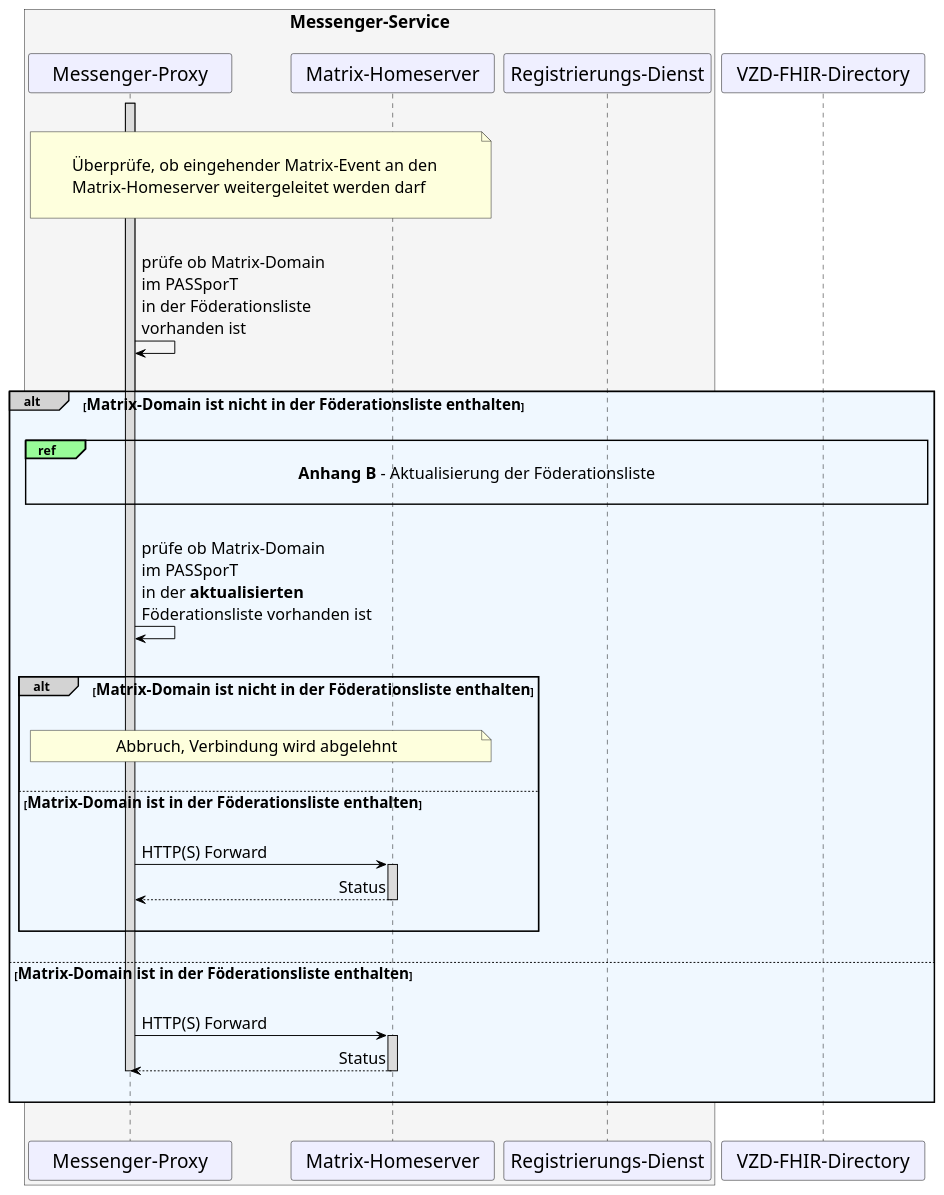
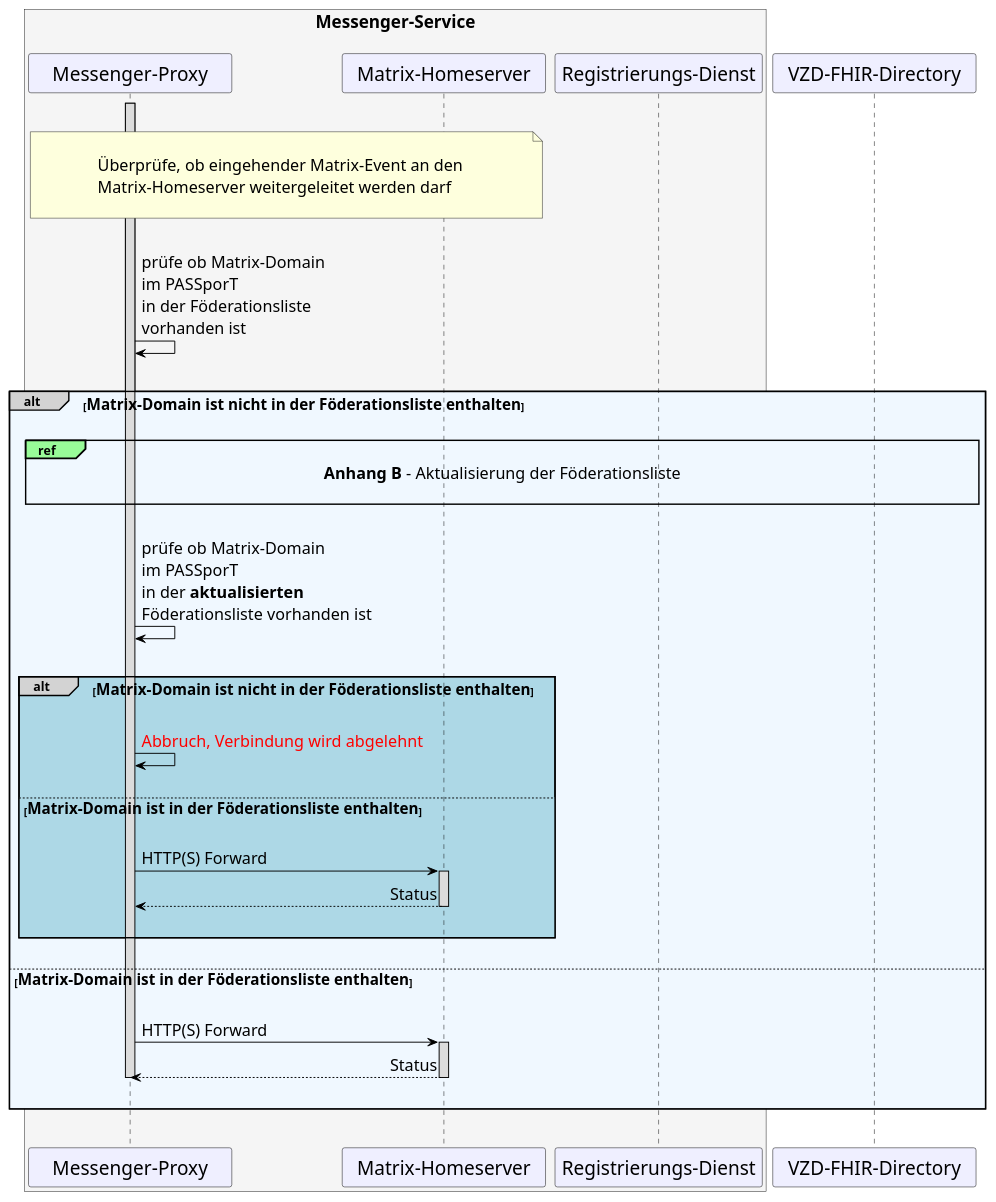
The diagram in src/plantuml/TI-Messenger-Dienst/Ressourcen/UC_10064_Seq.puml (gematik/api-ti-messenger), drawn with PlantUML before and after one commit.

```diff
--- a/src/plantuml/TI-Messenger-Dienst/Ressourcen/UC_10064_Seq.puml
+++ b/src/plantuml/TI-Messenger-Dienst/Ressourcen/UC_10064_Seq.puml
@@ -9,76 +9,76 @@
 @startuml
 skinparam sequenceMessageAlign direction
 skinparam minClassWidth 200
 skinparam BoxPadding 1
 skinparam sequenceReferenceHeaderBackgroundColor palegreen
 scale max 2048 width
 
 skinparam sequence {
 ArrowColor black
 ArrowFontSize 17
 ActorBorderColor black
 LifeLineBorderColor black
 LifeLineBackgroundColor Gainsboro
 
 ParticipantBorderColor Motivation
 ParticipantBackgroundColor Motivation
 ParticipantFontName Impact
 ParticipantFontSize 20
 ParticipantFontColor black
 ParticipantBorderColor Black
 ParticipantBackgroundColor MOTIVATION
 
 ActorBackgroundColor Gainsboro
 ActorFontColor black
 ActorFontSize 20
 ActorFontName Aapex
 }
     box <size:18>Messenger-Service\n#WhiteSmoke
     participant MP as "Messenger-Proxy"
     participant MH as "Matrix-Homeserver"
     participant RD as "Registrierungs-Dienst"
     end box
     participant VZD as "VZD-FHIR-Directory"
 
 |||
 note over MP, MH: \n<size:17>Überprüfe, ob eingehender Matrix-Event an den \n<size:17>Matrix-Homeserver weitergeleitet werden darf</size>\n
 |||
 
     Activate MP
   MP->MP: prüfe ob Matrix-Domain \nim PASSporT \nin der Föderationsliste \nvorhanden ist
 
 |||
 alt#LightGrey #AliceBlue <size:16>Matrix-Domain ist nicht in der Föderationsliste enthalten</size>
 |||  
 
   ref over MP, VZD: <size:17>**Anhang B** - Aktualisierung der Föderationsliste</size>\n 
   |||
   MP->MP: prüfe ob Matrix-Domain \nim PASSporT \nin der **aktualisierten** \nFöderationsliste vorhanden ist
   |||
 
-    alt#LightGrey #AliceBlue <size:16>Matrix-Domain ist nicht in der Föderationsliste enthalten</size>
+    alt#LightGrey #LightBlue <size:16>Matrix-Domain ist nicht in der Föderationsliste enthalten</size>
       |||
-      note over MP, MH: <size:17>Abbruch, Verbindung wird abgelehnt</size>
+      MP->MP: <font color=red>Abbruch, Verbindung wird abgelehnt</font>
       ||| 
       else <size:16>Matrix-Domain ist in der Föderationsliste enthalten</size>
       |||
          MP->MH: HTTP(S) Forward
           Activate MH
         MH-->MP: Status
           Deactivate MH
       |||
     end
 
   |||
   else <size:16>Matrix-Domain ist in der Föderationsliste enthalten</size>
     ||| 
     MP->MH: HTTP(S) Forward
       Activate MH
     MH-->MP: Status
       Deactivate MH
       Deactivate MP
     ||| 
 
 end
 |||
 @enduml
```
